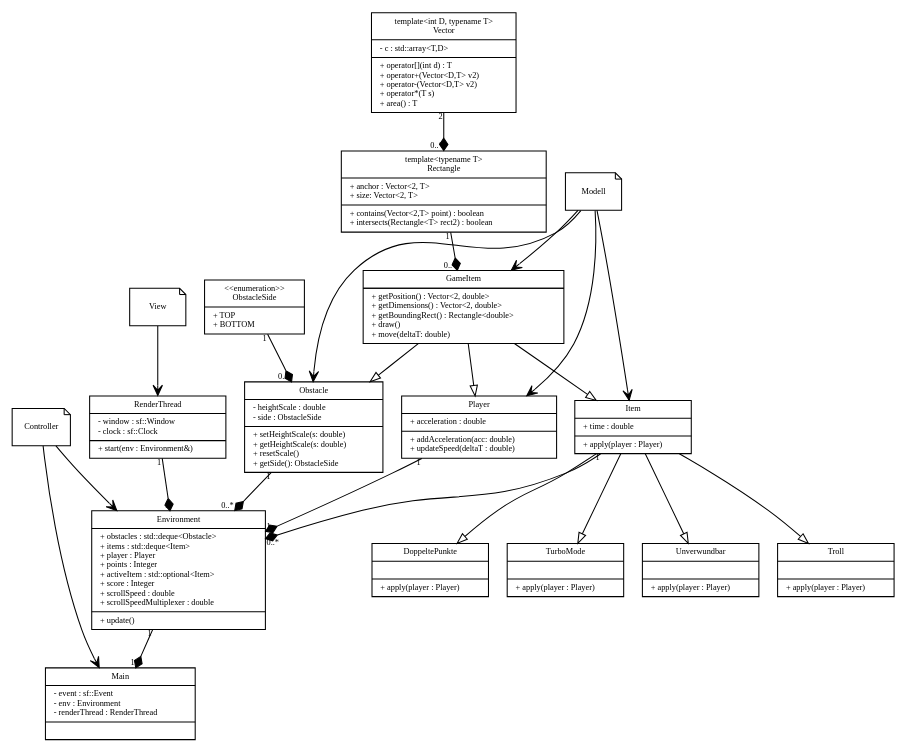
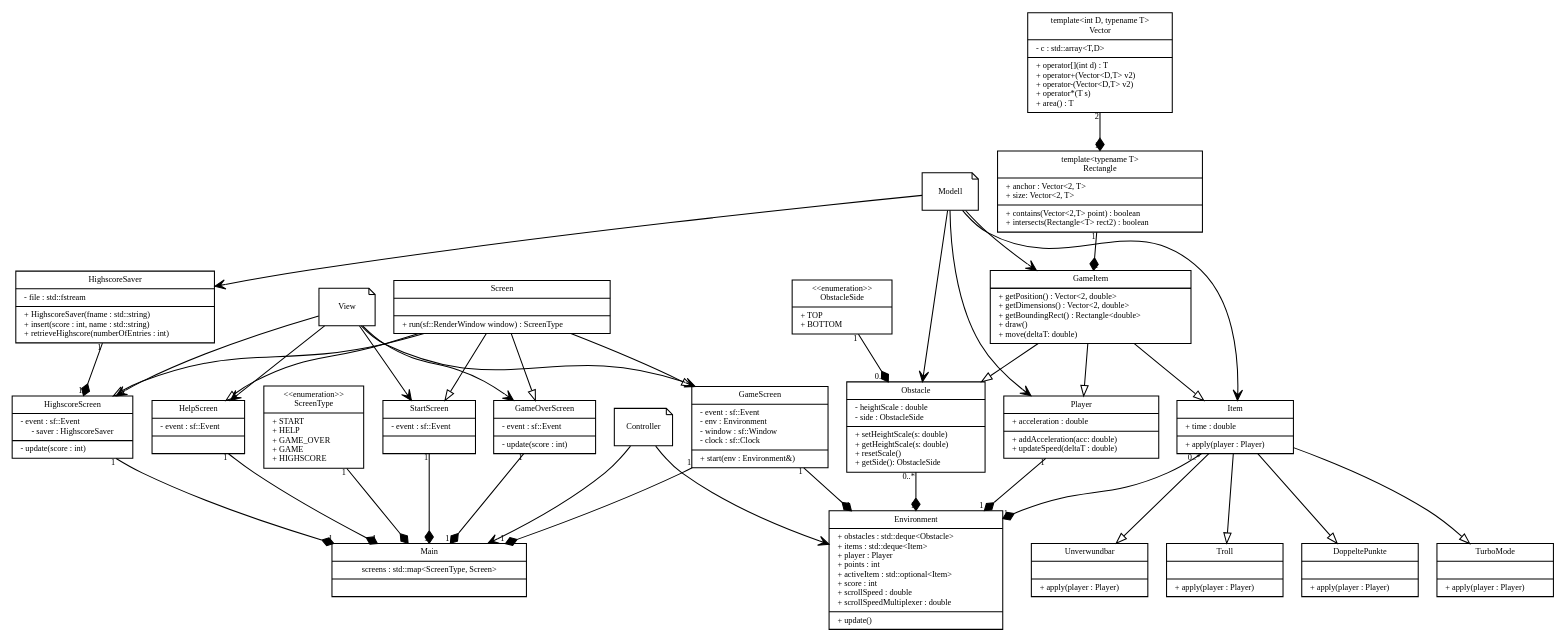
Before and after one commit to aul12/SoPra: the diagram in Blatt04/klassendiagrammFlappyWizard.dot, drawn with Graphviz. The commit also changed 2 other files, not shown here.

```diff
--- a/Blatt04/klassendiagrammFlappyWizard.dot
+++ b/Blatt04/klassendiagrammFlappyWizard.dot
@@ -16,16 +16,44 @@
     ]
 
     // Classes
-    RenderThread [
-        label = "{RenderThread|- window : sf::Window\l- clock : sf::Clock\l|+ start(env : Environment&)\l}"
+    Main [
+        label = "{Main|screens : std::map\<ScreenType, Screen\>|}"
     ]
 
-    Main [
-        label = "{Main|- event : sf::Event\l- env : Environment\l- renderThread : RenderThread\l|}"
+    ScreenType [
+        label = "{\<\<enumeration\>\>\nScreenType|+ START\l+ HELP\l+ GAME_OVER\l+ GAME\l+ HIGHSCORE\l}"
+    ]
+
+    Screen [
+        label = "{Screen||+ run(sf::RenderWindow window) : ScreenType\l}"
+    ]
+
+    StartScreen [
+        label = "{StartScreen|- event : sf::Event\l|}"
+    ]
+
+    HelpScreen [
+        label = "{HelpScreen|- event : sf::Event\l|}"
+    ]
+
+    GameOverScreen [
+        label = "{GameOverScreen|- event : sf::Event\l|- update(score : int)\l}"
+    ]
+
+    HighscoreScreen [
+        label = "{HighscoreScreen|- event : sf::Event\l- saver : HighscoreSaver|- update(score : int)\l}"
+    ]
+
+    GameScreen [
+        label = "{GameScreen|- event : sf::Event\l- env : Environment\l- window : sf::Window\l- clock : sf::Clock\l|+ start(env : Environment&)\l}"
+    ]
+
+    HighscoreSaver [
+        label = "{HighscoreSaver|- file : std::fstream\l|+ HighscoreSaver(fname : std::string)\l+ insert(score : int, name : std::string)\l+ retrieveHighscore(numberOfEntries : int)\l}"
     ]
 
     Environment [
-        label = "{Environment|+ obstacles : std::deque\<Obstacle\>\l+ items : std::deque\<Item\>\l+ player : Player\l+ points : Integer\l+ activeItem : std::optional\<Item\>\l+ score : Integer\l+ scrollSpeed : double\l+ scrollSpeedMultiplexer : double\l|+ update()\l}"
+        label = "{Environment|+ obstacles : std::deque\<Obstacle\>\l+ items : std::deque\<Item\>\l+ player : Player\l+ points : int\l+ activeItem : std::optional\<Item\>\l+ score : int\l+ scrollSpeed : double\l+ scrollSpeedMultiplexer : double\l|+ update()\l}"
     ]
 
     GameItem [
@@ -76,32 +104,83 @@
     Item -> ItemTypeTurboMode
     Item -> ItemTypeTroll
     Item -> ItemTypeDoppeltePunkte
+    Screen -> StartScreen
+    Screen -> HighscoreScreen
+    Screen -> GameOverScreen
+    Screen -> GameScreen
+    Screen -> HelpScreen
 
     Vector -> Rectangle [
         arrowhead = "diamond"
 
-        headlabel = "0..*"
+        headlabel = "1"
         taillabel = "2"
     ]
 
     Rectangle -> GameItem[
         arrowhead = "diamond"
 
-        headlabel = "0..*"
+        headlabel = "1"
+        taillabel = "1"
+    ] 
+
+    HighscoreSaver -> HighscoreScreen[
+        arrowhead = "diamond"
+
+        headlabel = "1"
+        taillabel = "1"
+    ] 
+
+    HighscoreScreen -> Main[
+        arrowhead = "diamond"
+
+        headlabel = "1"
+        taillabel = "1"
+    ] 
+
+    GameScreen-> Main[
+        arrowhead = "diamond"
+
+        headlabel = "1"
+        taillabel = "1"
+    ] 
+    GameOverScreen-> Main[
+        arrowhead = "diamond"
+
+        headlabel = "1"
+        taillabel = "1"
+    ] 
+    HelpScreen-> Main[
+        arrowhead = "diamond"
+
+        headlabel = "1"
+        taillabel = "1"
+    ] 
+    StartScreen-> Main[
+        arrowhead = "diamond"
+
+        headlabel = "1"
+        taillabel = "1"
+    ] 
+
+    ScreenType -> Main[
+        arrowhead = "diamond"
+
+        headlabel = "1"
         taillabel = "1"
     ] 
 
     Obstacle -> Environment[
         arrowhead = "diamond"
 
-        headlabel = "0..*"
-        taillabel = "1"
+        headlabel = "1"
+        taillabel = "0..*"
     ] 
     Item -> Environment[
         arrowhead = "diamond"
 
-        headlabel = "0..*"
-        taillabel = "1"
+        headlabel = "1"
+        taillabel = "0..*"
     ] 
 
     Player -> Environment[
@@ -111,7 +190,7 @@
         taillabel = "1"
     ] 
 
-    RenderThread -> Environment [
+    GameScreen -> Environment [
         arrowhead = "diamond"
 
         headlabel = "1"
@@ -124,14 +203,6 @@
         headlabel = "0..*"
         taillabel = "1"
     ] 
-
-    Environment -> Main [
-        arrowhead = "diamond"
-
-        headlabel = "1"
-        taillabel = "1"
-    ] 
-
 
     // Notes
     Modell [
@@ -147,13 +218,25 @@
         label = "Controller"
     ]
 
-    View -> RenderThread [
+    View -> GameScreen [
+        arrowhead = "vee"
+    ]
+    View -> HelpScreen [
+        arrowhead = "vee"
+    ]
+    View -> GameOverScreen [
+        arrowhead = "vee"
+    ]
+    View -> StartScreen [
+        arrowhead = "vee"
+    ]
+    View -> HighscoreScreen[
         arrowhead = "vee"
     ]
     Controller -> Environment [
         arrowhead = "vee"
     ]
-    Controller -> Main [
+    Controller -> Main[
         arrowhead = "vee"
     ]
     Modell -> GameItem [
@@ -168,4 +251,7 @@
     Modell -> Player [
         arrowhead = "vee"
     ]
+    Modell -> HighscoreSaver [
+        arrowhead = "vee"
+    ]
 }    
```
